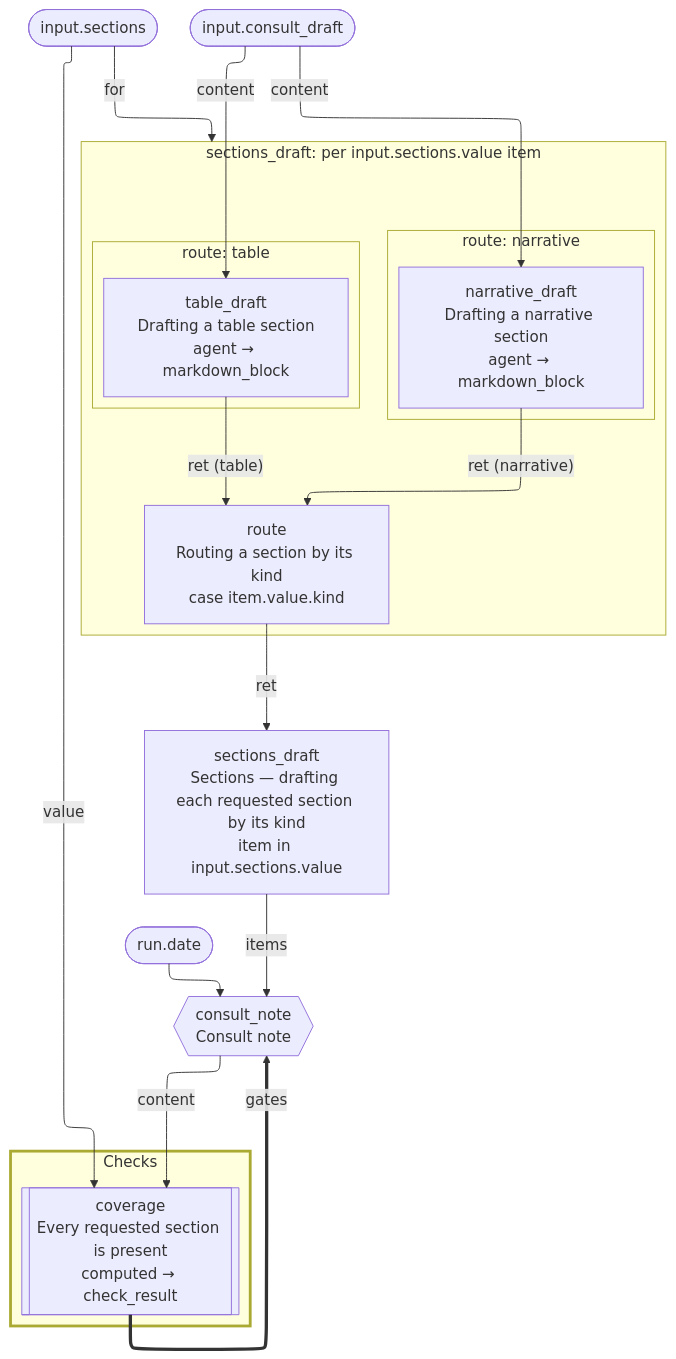
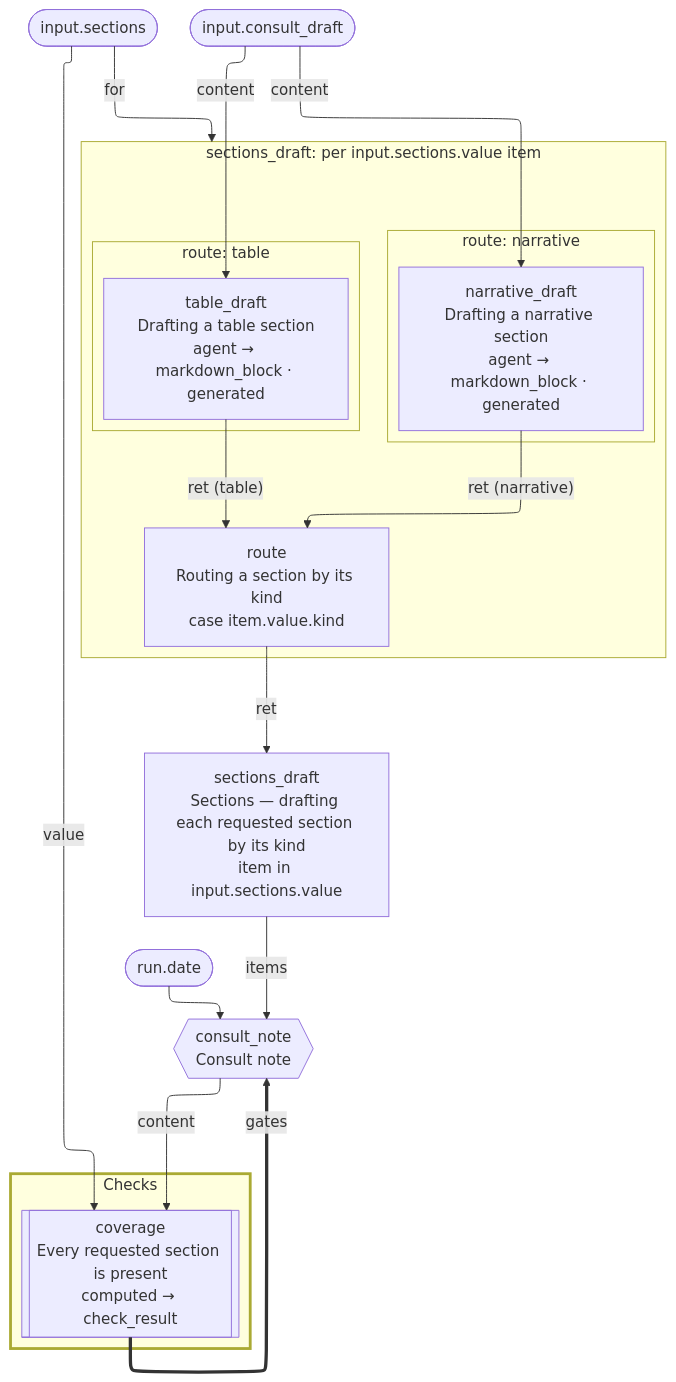
The first of 3 diagrams in docs/customizable-workflow/package-format-v31/09-engine-and-pages.md (Consultologist/Consultologist-Blazor), drawn with Mermaid before and after one commit. The commit also changed other lines of this file and 9 other files, not shown here.

````diff
--- a/docs/customizable-workflow/package-format-v31/09-engine-and-pages.md
+++ b/docs/customizable-workflow/package-format-v31/09-engine-and-pages.md
@@ -663,40 +696,40 @@
 ```mermaid
 ---
 config:
   layout: elk
 ---
 flowchart TD
     input__sections(["input.sections"])
     input__consult_draft(["input.consult_draft"])
     run__date(["run.date"])
 
     subgraph for_node__sections_draft["sections_draft: per input.sections.value item"]
         subgraph case_node__sections_draft__route_branch_1["route: narrative"]
-            node__sections_draft__route__narrative_draft["narrative_draft<br/>Drafting a narrative section<br/>agent → markdown_block"]
+            node__sections_draft__route__narrative_draft["narrative_draft<br/>Drafting a narrative section<br/>agent → markdown_block · generated"]
         end
         subgraph case_node__sections_draft__route_branch_2["route: table"]
-            node__sections_draft__route__table_draft["table_draft<br/>Drafting a table section<br/>agent → markdown_block"]
+            node__sections_draft__route__table_draft["table_draft<br/>Drafting a table section<br/>agent → markdown_block · generated"]
         end
         node__sections_draft__route["route<br/>Routing a section by its kind<br/>case item.value.kind"]
     end
     node__sections_draft["sections_draft<br/>Sections — drafting each requested section by its kind<br/>item in input.sections.value"]
 
     subgraph checks["Checks"]
         check__coverage[["coverage<br/>Every requested section is present<br/>computed → check_result"]]
     end
 
     deliverable__consult_note{{"consult_note<br/>Consult note"}}
 
     input__consult_draft -->|"content"| node__sections_draft__route__narrative_draft
     input__consult_draft -->|"content"| node__sections_draft__route__table_draft
     node__sections_draft__route__narrative_draft -->|"ret (narrative)"| node__sections_draft__route
     node__sections_draft__route__table_draft -->|"ret (table)"| node__sections_draft__route
     input__sections -->|"for"| for_node__sections_draft
     node__sections_draft__route -->|"ret"| node__sections_draft
     node__sections_draft -->|"items"| deliverable__consult_note
     run__date --> deliverable__consult_note
     deliverable__consult_note -->|"content"| check__coverage
     input__sections -->|"value"| check__coverage
     check__coverage ==>|"gates"| deliverable__consult_note
     style checks stroke-width:3px
 ```
````
